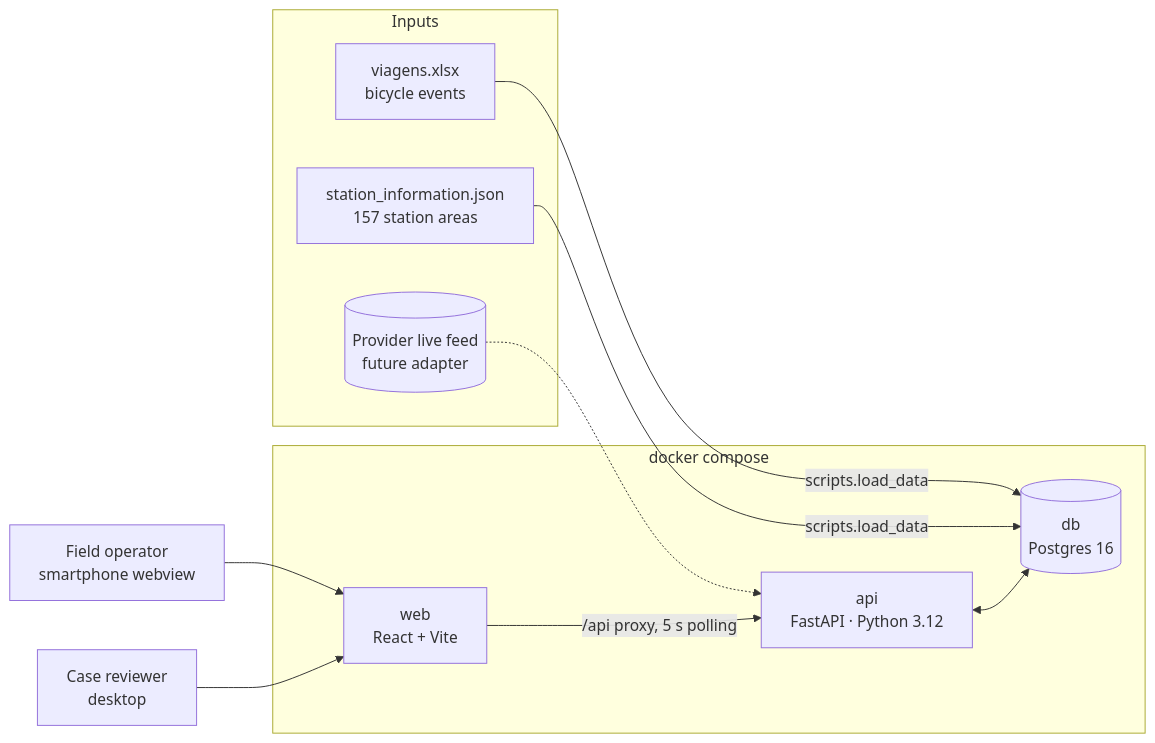
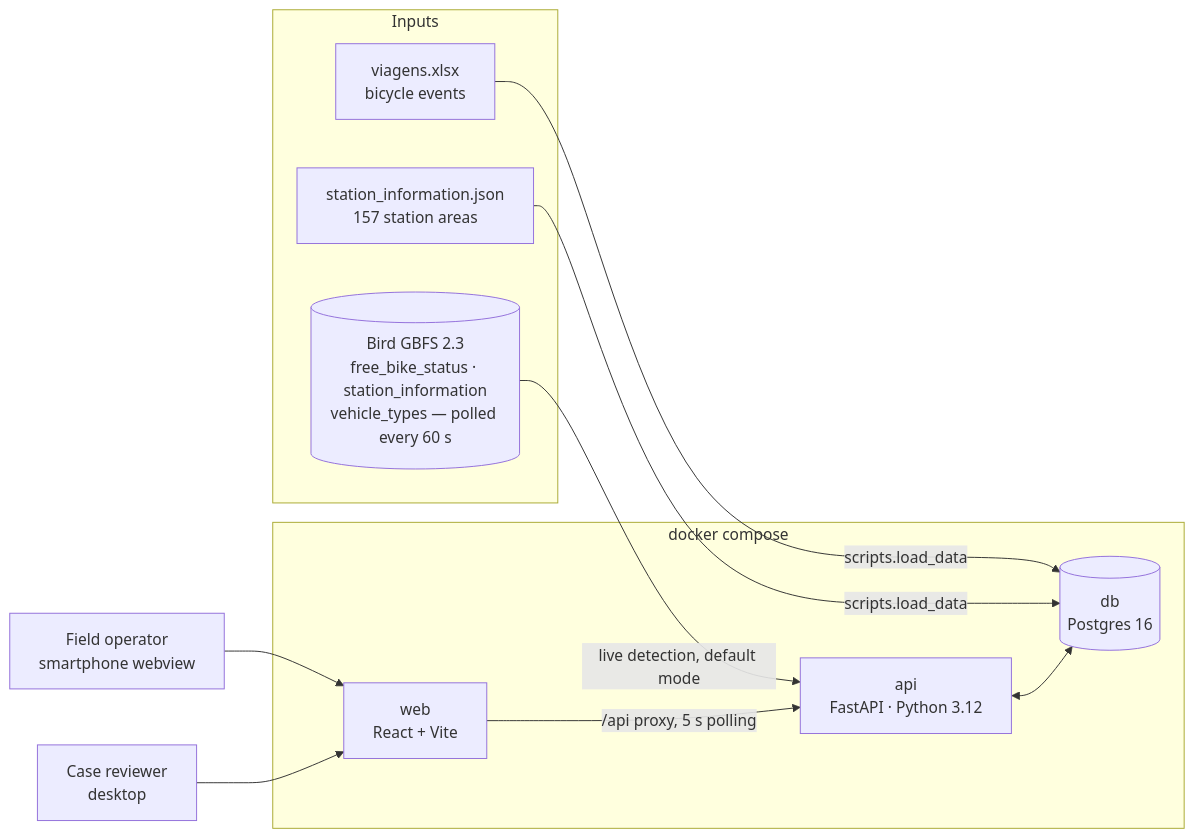
Before and after one commit to davidfgcorreia/hackcity: the first of 3 diagrams in docs/operations_architecture.md, drawn with Mermaid. The commit also changed other lines of this file and 19 other files, not shown here.

First line of the commit message:
Use the provider GBFS feed for real-time detection; set depot

````diff
--- a/docs/operations_architecture.md
+++ b/docs/operations_architecture.md
@@ -9,19 +9,19 @@
 ```mermaid
 flowchart LR
   subgraph Inputs
     EV[viagens.xlsx<br/>bicycle events]
     ST[station_information.json<br/>157 station areas]
-    GB[(Provider live feed<br/>future adapter)]
+    GB[(Bird GBFS 2.3<br/>free_bike_status · station_information<br/>vehicle_types — polled every 60 s)]
   end
   subgraph Docker["docker compose"]
     API[api<br/>FastAPI · Python 3.12]
     DB[(db<br/>Postgres 16)]
     WEB[web<br/>React + Vite]
   end
   EV & ST -->|scripts.load_data| DB
-  GB -.-> API
+  GB -->|live detection, default mode| API
   API <--> DB
   WEB -->|/api proxy, 5 s polling| API
   OP[Field operator<br/>smartphone webview] --> WEB
   RV[Case reviewer<br/>desktop] --> WEB
 ```
````
